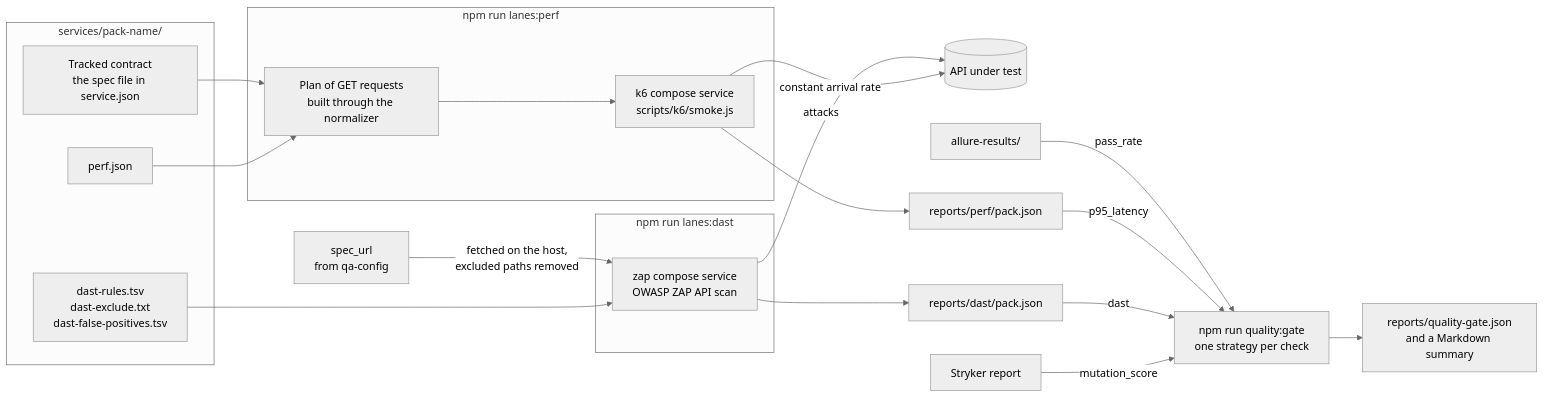
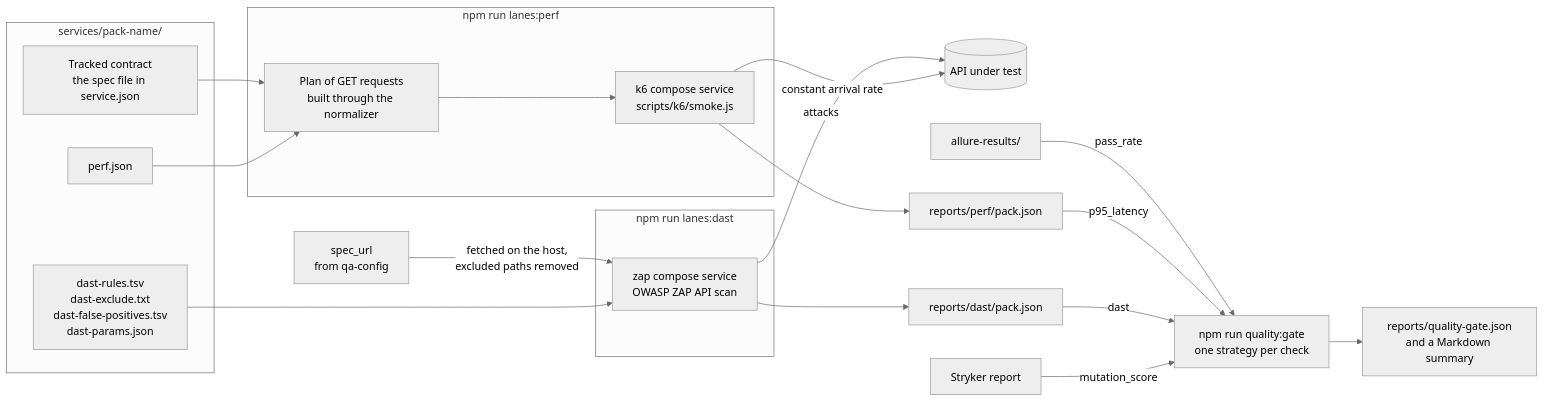
Before and after one commit to marceloancieta/api-qa-agentic-framework: the fifth of 6 diagrams in docs/architecture.md, drawn with Mermaid (neutral theme). The commit also changed other lines of this file and 14 other files, not shown here.

````diff
--- a/docs/architecture.md
+++ b/docs/architecture.md
@@ -352,42 +352,42 @@
 ```mermaid
 flowchart LR
   subgraph packFiles["services/pack-name/"]
     contract["Tracked contract<br/>the spec file in service.json"]
-    dastPolicy["dast-rules.tsv<br/>dast-exclude.txt<br/>dast-false-positives.tsv"]
+    dastPolicy["dast-rules.tsv<br/>dast-exclude.txt<br/>dast-false-positives.tsv<br/>dast-params.json"]
     perfPolicy["perf.json"]
   end
 
   specUrl["spec_url<br/>from qa-config"]
   api[("API under test")]
 
   subgraph dastLane["npm run lanes:dast"]
     zap["zap compose service<br/>OWASP ZAP API scan"]
   end
 
   subgraph perfLane["npm run lanes:perf"]
     plan["Plan of GET requests<br/>built through the normalizer"]
     k6["k6 compose service<br/>scripts/k6/smoke.js"]
   end
 
   specUrl -->|fetched on the host,<br/>excluded paths removed| zap
   dastPolicy --> zap
   contract --> plan
   perfPolicy --> plan
   plan --> k6
   zap -->|attacks| api
   k6 -->|constant arrival rate| api
 
   zapReport["reports/dast/pack.json"]
   k6Summary["reports/perf/pack.json"]
   allure["allure-results/"]
   mutation["Stryker report"]
   gate["npm run quality:gate<br/>one strategy per check"]
 
   zap --> zapReport
   k6 --> k6Summary
   allure -->|pass_rate| gate
   k6Summary -->|p95_latency| gate
   zapReport -->|dast| gate
   mutation -->|mutation_score| gate
   gate --> verdict["reports/quality-gate.json<br/>and a Markdown summary"]
 ```
````
